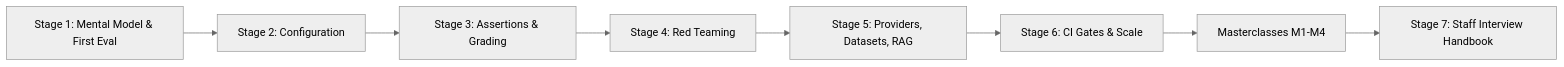
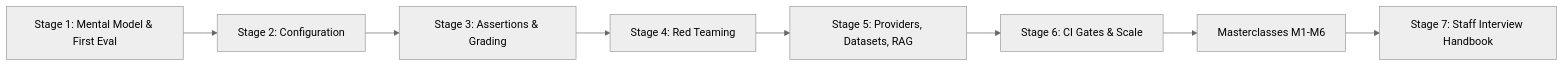
Before and after one commit to TheLearningHubOrg/learn-promptfoo: the first of 37 diagrams in README.md, drawn with Mermaid (neutral theme). The commit also changed other lines of this file and 18 other files, not shown here.

````diff
--- a/README.md
+++ b/README.md
@@ -31,10 +31,10 @@
 ```mermaid
 flowchart LR
     S1["Stage 1: Mental Model & First Eval"] --> S2["Stage 2: Configuration"]
     S2 --> S3["Stage 3: Assertions & Grading"]
     S3 --> S4["Stage 4: Red Teaming"]
     S4 --> S5["Stage 5: Providers, Datasets, RAG"]
     S5 --> S6["Stage 6: CI Gates & Scale"]
-    S6 --> M["Masterclasses M1-M4"]
+    S6 --> M["Masterclasses M1-M6"]
     M --> S7["Stage 7: Staff Interview Handbook"]
 ```
````
